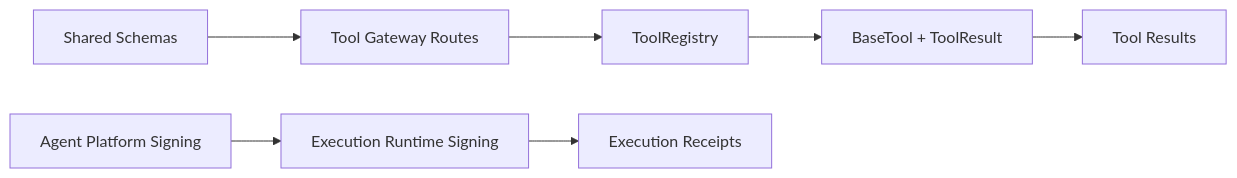
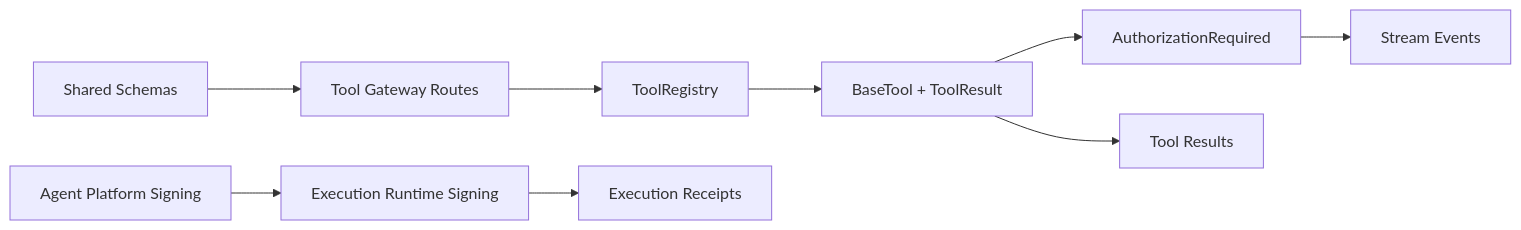
Before and after one commit to metasync/luban-aiops: the third of 6 diagrams in .qoder/repowiki/en/content/Shared Contracts/API Schemas/Tool Execution Schemas.md, drawn with Mermaid. The commit also changed other lines of this file and 215 other files, not shown here.

````diff
--- a/.qoder/repowiki/en/content/Shared Contracts/API Schemas/Tool Execution Schemas.md
+++ b/.qoder/repowiki/en/content/Shared Contracts/API Schemas/Tool Execution Schemas.md
@@ -265,9 +325,11 @@
 ```mermaid
 graph LR
 Schemas["Shared Schemas"] --> Gateway["Tool Gateway Routes"]
 Gateway --> Registry["ToolRegistry"]
 Registry --> Base["BaseTool + ToolResult"]
+Base --> AuthSchema["AuthorizationRequired"]
 Agent["Agent Platform Signing"] --> Runtime["Execution Runtime Signing"]
 Runtime --> Receipts["Execution Receipts"]
 Base --> Results["Tool Results"]
+AuthSchema --> StreamEvents["Stream Events"]
 ```
````
